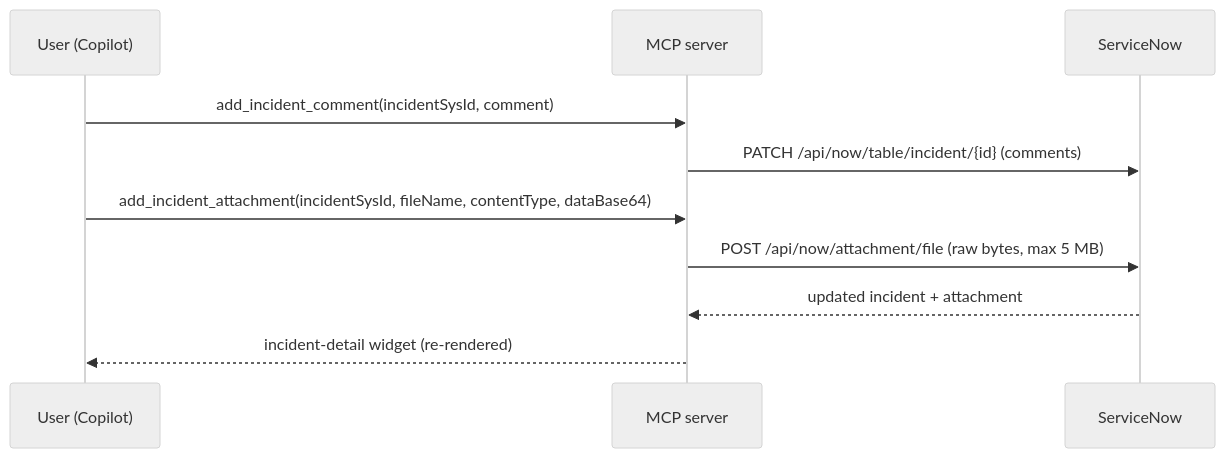
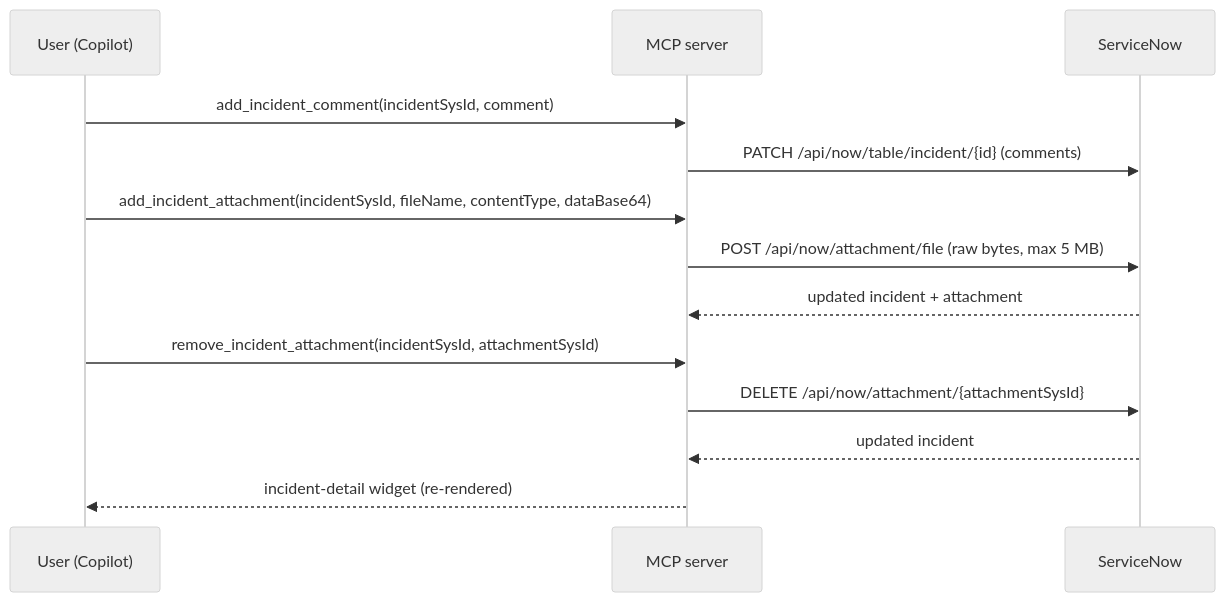
Before and after one commit to pavecer/servicenow-mcp-apps-copilot: diagram 11 of 11 in docs/SERVICENOW_SCENARIO_FLOWS.md, drawn with Mermaid (neutral theme). The commit also changed other lines of this file and 28 other files, not shown here.

First line of the commit message:
feat(incidents): add remove_incident_attachment + resilient widgets; enable Entra OBO per-user authorship

````diff
--- a/docs/SERVICENOW_SCENARIO_FLOWS.md
+++ b/docs/SERVICENOW_SCENARIO_FLOWS.md
@@ -350,12 +350,15 @@
 ```mermaid
 sequenceDiagram
     participant U as User (Copilot)
     participant S as MCP server
     participant SN as ServiceNow
     U->>S: add_incident_comment(incidentSysId, comment)
     S->>SN: PATCH /api/now/table/incident/{id} (comments)
     U->>S: add_incident_attachment(incidentSysId, fileName, contentType, dataBase64)
     S->>SN: POST /api/now/attachment/file (raw bytes, max 5 MB)
     SN-->>S: updated incident + attachment
+    U->>S: remove_incident_attachment(incidentSysId, attachmentSysId)
+    S->>SN: DELETE /api/now/attachment/{attachmentSysId}
+    SN-->>S: updated incident
     S-->>U: incident-detail widget (re-rendered)
 ```
````
